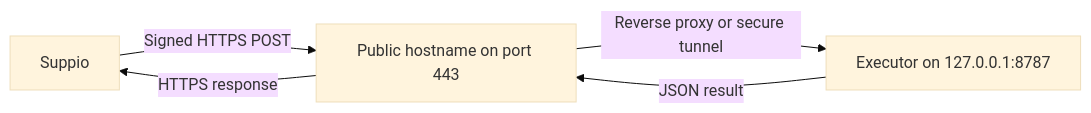
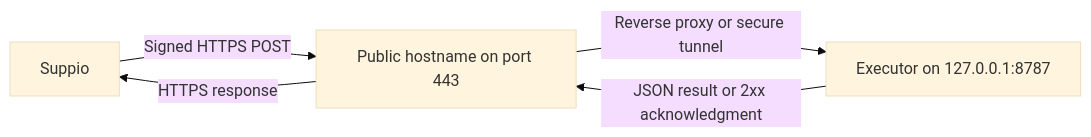
The diagram in customer-actions-https.mdx (daniel109-code/docs), drawn with Mermaid (base theme) before and after one commit. The commit also changed other lines of this file and 4 other files, not shown here.

````diff
--- a/customer-actions-https.mdx
+++ b/customer-actions-https.mdx
@@ -12,7 +12,7 @@
 ```mermaid
 flowchart LR
     S["Suppio"] -->|"Signed HTTPS POST"| H["Public hostname on port 443"]
     H -->|"Reverse proxy or secure tunnel"| E["Executor on 127.0.0.1:8787"]
-    E -->|"JSON result"| H
+    E -->|"JSON result or 2xx acknowledgment"| H
     H -->|"HTTPS response"| S
 ```
````
